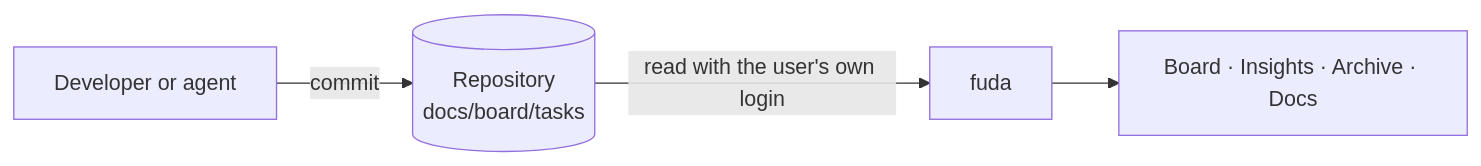
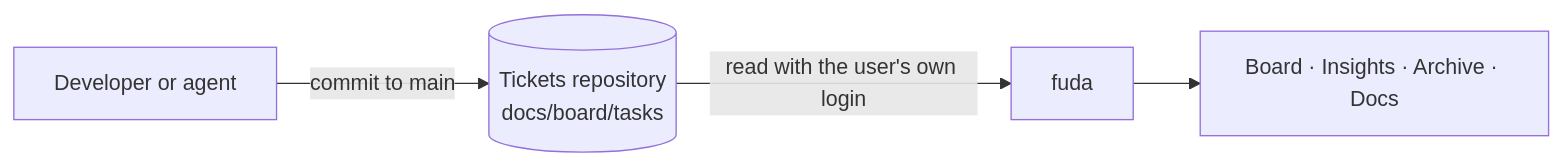
Before and after one commit to milos-sikic-nimbus-tech/fuda: the diagram in api/internal/guide/pages/01-overview.md, drawn with Mermaid. The commit also changed other lines of this file and 9 other files, not shown here.

Commit message:
Describe boards as separate tickets repos on main in the docs

````diff
--- a/api/internal/guide/pages/01-overview.md
+++ b/api/internal/guide/pages/01-overview.md
@@ -20,6 +21,6 @@
 ```mermaid
 flowchart LR
-  dev[Developer or agent] -- commit --> repo[(Repository<br/>docs/board/tasks)]
+  dev[Developer or agent] -- commit to main --> repo[(Tickets repository<br/>docs/board/tasks)]
   repo -- read with the user's own login --> fuda[fuda]
   fuda --> board[Board · Insights · Archive · Docs]
 ```
````
